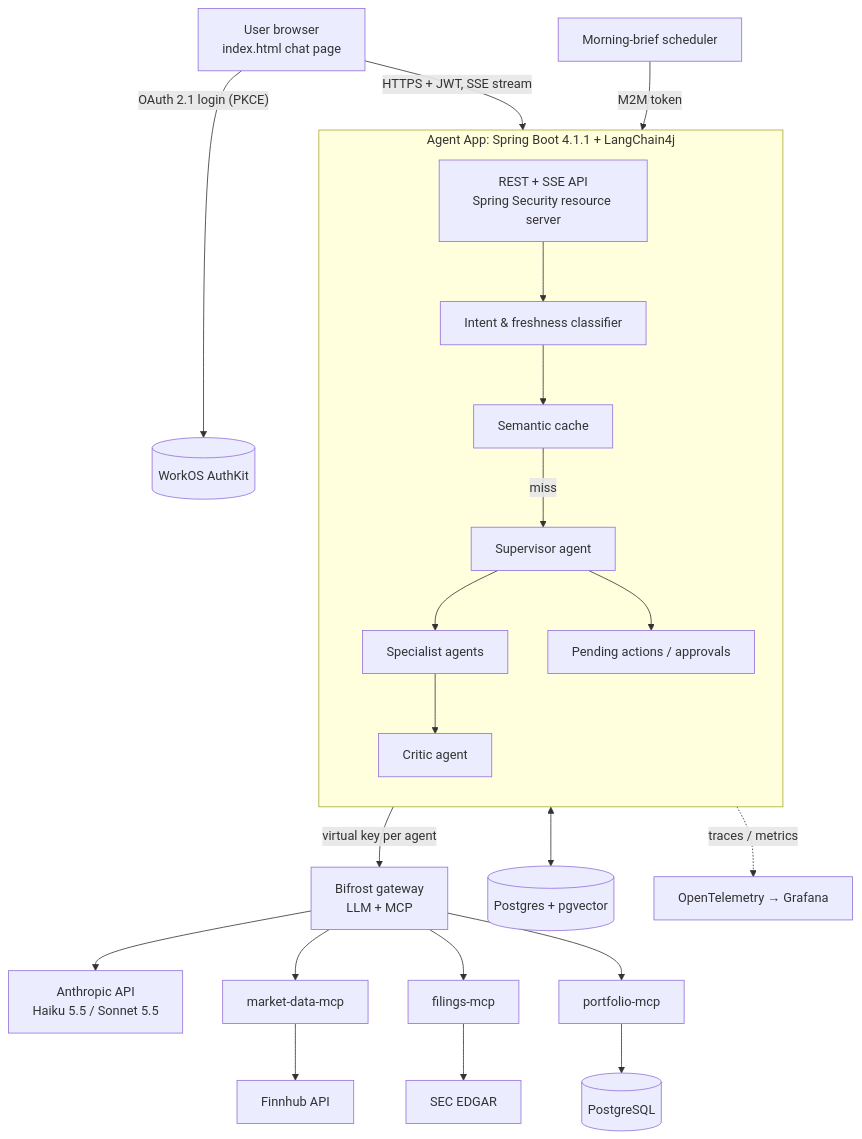
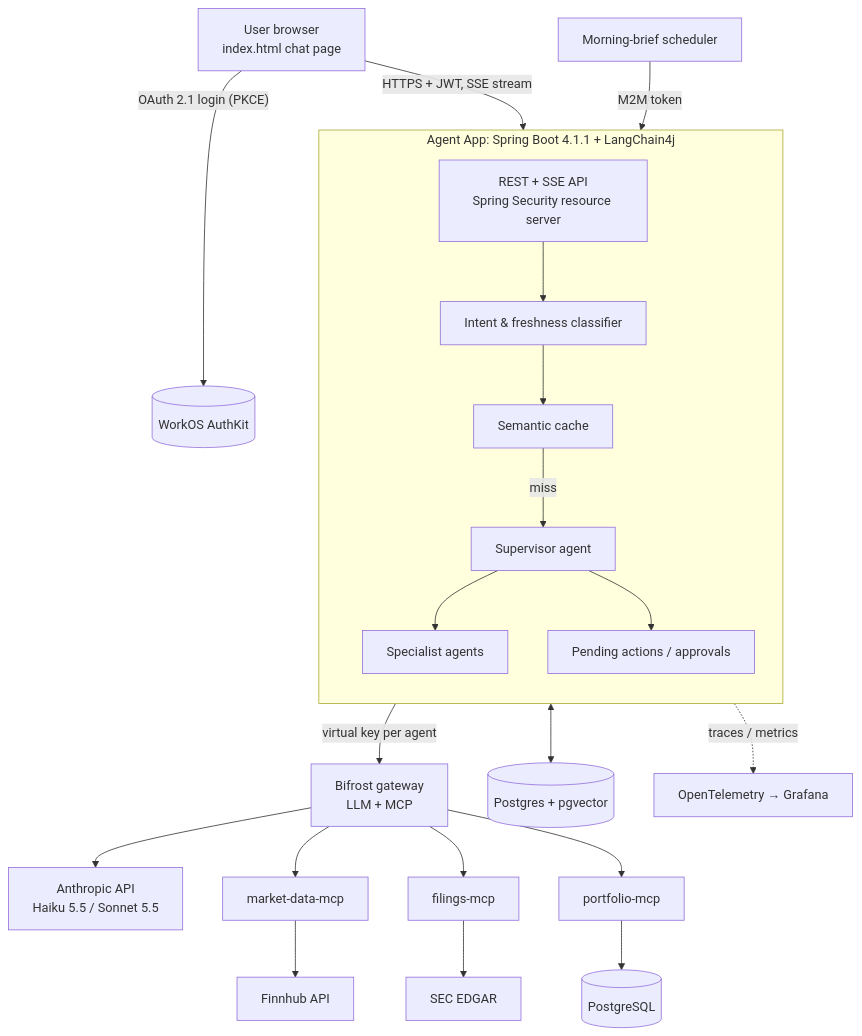
The first of 4 diagrams in docs/requirements/stock-research-agent-spec.md (sri-chalam/stock-research-agent), drawn with Mermaid before and after one commit. The commit also changed other lines of this file and 7 other files, not shown here.

Commit message:
Drop News agent and Critic, replace Portfolio risk agent with Portfolio agent in spec and docs, move Market data agent to prompt v2

````diff
--- a/docs/requirements/stock-research-agent-spec.md
+++ b/docs/requirements/stock-research-agent-spec.md
@@ -107,33 +107,32 @@
 ```mermaid
 flowchart TB
     U[User browser<br/>index.html chat page] -- "OAuth 2.1 login (PKCE)" --> WOS[(WorkOS AuthKit)]
     U -- "HTTPS + JWT, SSE stream" --> APP
 
     subgraph APP[Agent App: Spring Boot 4.1.1 + LangChain4j]
       direction TB
       API[REST + SSE API<br/>Spring Security resource server]
       CLS[Intent & freshness classifier]
       SC[Semantic cache]
       SUP[Supervisor agent]
       SPEC[Specialist agents]
-      CRIT[Critic agent]
       HITL[Pending actions / approvals]
       API --> CLS --> SC
-      SC -- miss --> SUP --> SPEC --> CRIT
+      SC -- miss --> SUP --> SPEC
       SUP --> HITL
     end
 
     APP -- "virtual key per agent" --> BF[Bifrost gateway<br/>LLM + MCP]
     BF --> CLAUDE[Anthropic API<br/>Haiku 5.5 / Sonnet 5.5]
     BF --> MD[market-data-mcp]
     BF --> FL[filings-mcp]
     BF --> PF[portfolio-mcp]
 
     MD --> FH[Finnhub API]
     FL --> SEC[SEC EDGAR]
     PF --> PG[(PostgreSQL)]
 
     APP <--> PGV[(Postgres + pgvector)]
     JOB[Morning-brief scheduler] -- "M2M token" --> APP
     APP -. traces / metrics .-> OBS[OpenTelemetry → Grafana]
 ```
````
